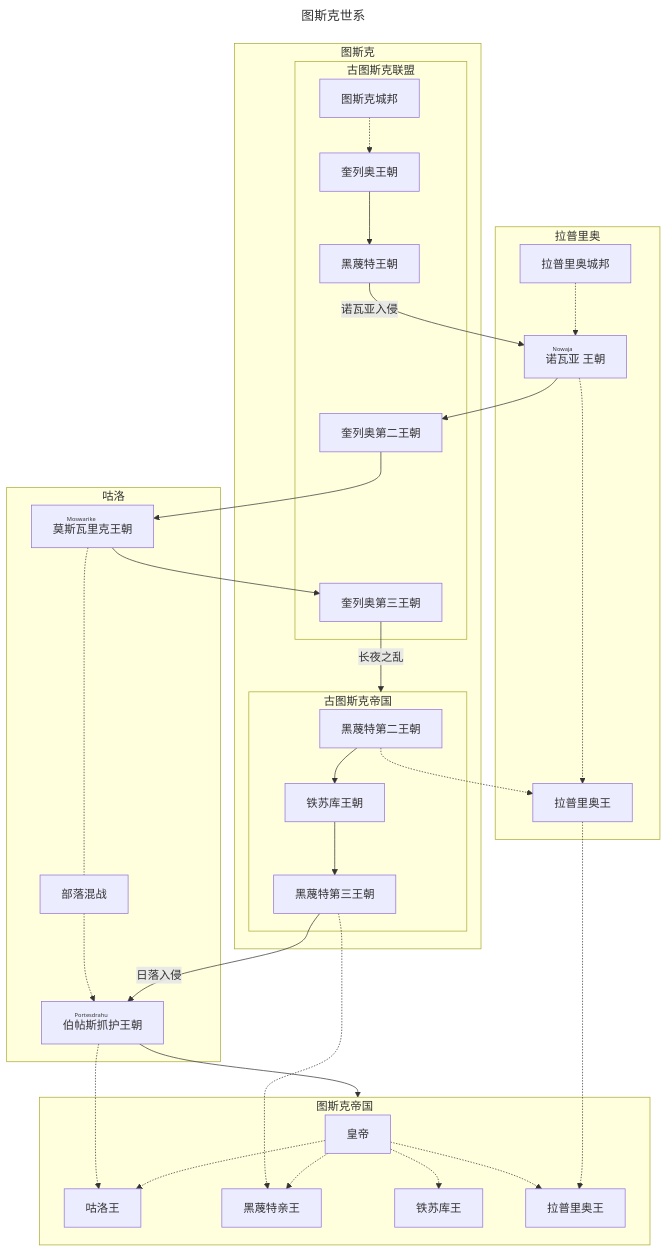
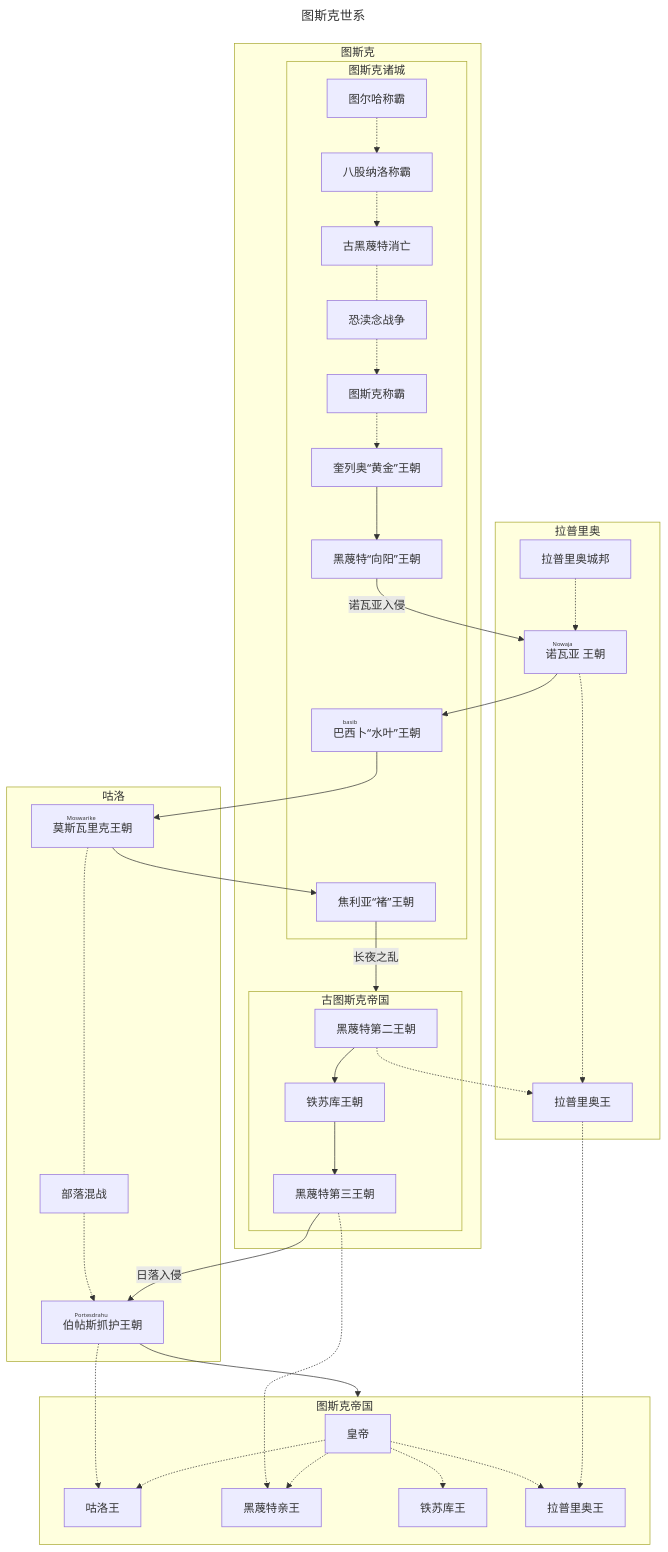
One commit to PhychiasLokDansk/Laaerad changed the diagram in docs/Laaerad/Trusk/Trusk.md. Above: the diagram before and after it, drawn with Mermaid. The commit also changed other lines of this file and 16 other files, not shown here.

````diff
--- a/docs/Laaerad/Trusk/Trusk.md
+++ b/docs/Laaerad/Trusk/Trusk.md
@@ -45,61 +44,61 @@
 ```mermaid 
 ---
 title: 图斯克世系
 ---
 graph TB
     subgraph 图斯克
-        subgraph 古图斯克联盟
-            R[图斯克城邦]
-            A[奎列奥王朝]
-            B[黑蔑特王朝]
-            D[奎列奥第二王朝]
-            G[奎列奥第三王朝]
-            R -.-> A
+        subgraph 图斯克诸城
+            图尔哈称霸 -.-> 八股纳洛称霸 -.-> 
+            古黑蔑特消亡 -.- 恐渎念战争 -.-> 图斯克称霸 -.-> A
+            A[奎列奥“黄金”王朝]
+            B[黑蔑特“向阳”王朝]
+            D[<ruby>巴西卜<rt>basib</rt></ruby>“水叶”王朝]
+            G[焦利亚“褚”王朝]
             A --> B
         end
 
         subgraph 古图斯克帝国
             H[黑蔑特第二王朝]
             K[黑蔑特第三王朝]
             J[铁苏库王朝]
             H --> J
             J --> K
         end
     G -- 长夜之乱 --> 古图斯克帝国
     end
 
     subgraph 拉普里奥
         C[<ruby>诺瓦亚<rt>Nowaja</rt> </ruby>王朝]
         E[拉普里奥城邦]
         N[拉普里奥王]
         C --> D
         E -.-> C
         B -- 诺瓦亚入侵 --> C
         C -.-> N
         H -.-> N
     end
 
     subgraph 咕洛
         F[<ruby>莫斯瓦里克<rt>Moswarike</rt></ruby>王朝]
         L[<ruby>伯帖斯抓护<rt>Portesdrahu</rt></ruby>王朝]
         D --> F
         F -.- 部落混战 -.-> L
         K -- 日落入侵 --> L
         F --> G
     end
 	L --> 图斯克帝国
     subgraph 图斯克帝国
         M[皇帝]
         O[咕洛王]
         S[黑蔑特亲王]
         Q[铁苏库王]
         P[拉普里奥王]
         K -.-> S
         M -.-> S
         M -.-> Q
         L -.-> O
         M -.-> O
         M -.-> P
         N -.-> P
     end
 ```
````
